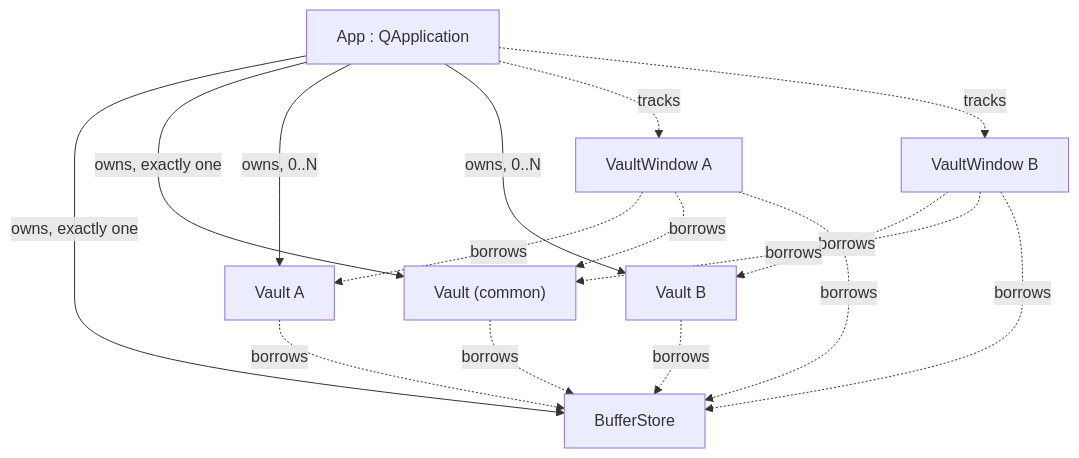
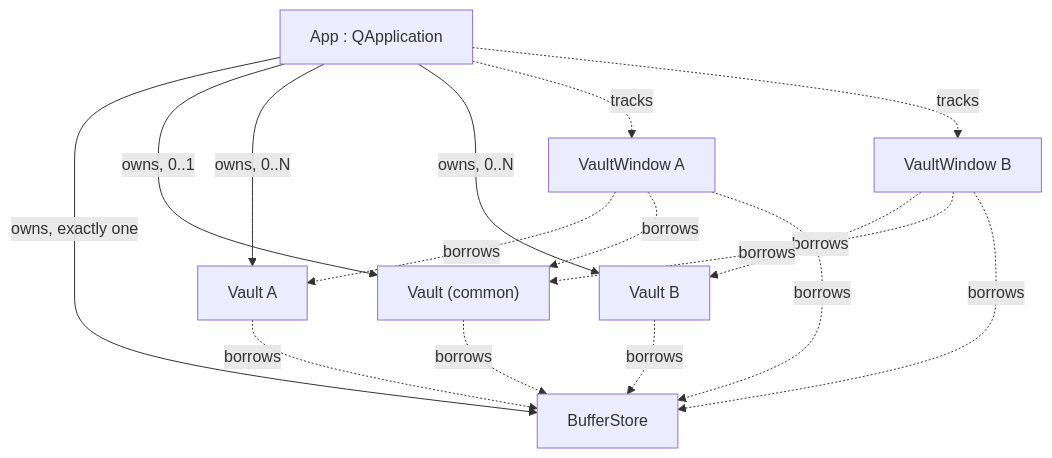
One commit to fairybow/Fernanda changed the first of 5 diagrams in Fernanda/docs/Architecture.md. Above: the diagram before and after it, drawn with Mermaid. The commit also changed other lines of this file and 9 other files, not shown here.

Commit message:
Document the Common Vault rework and drop the words relay

````diff
--- a/Fernanda/docs/Architecture.md
+++ b/Fernanda/docs/Architecture.md
@@ -58,21 +58,21 @@
 ```mermaid
 flowchart TD
     App["App : QApplication"]
 
     App -->|owns, exactly one| BS["BufferStore"]
-    App -->|owns, exactly one| CV["Vault (common)"]
+    App -->|owns, 0..1| CV["Vault (common)"]
     App -->|owns, 0..N| VA["Vault A"]
     App -->|owns, 0..N| VB["Vault B"]
     App -.->|tracks| WA["VaultWindow A"]
     App -.->|tracks| WB["VaultWindow B"]
 
     WA -.->|borrows| VA
     WB -.->|borrows| VB
     WA -.->|borrows| CV
     WB -.->|borrows| CV
     WA -.->|borrows| BS
     WB -.->|borrows| BS
     VA -.->|borrows| BS
     VB -.->|borrows| BS
     CV -.->|borrows| BS
 ```
````
